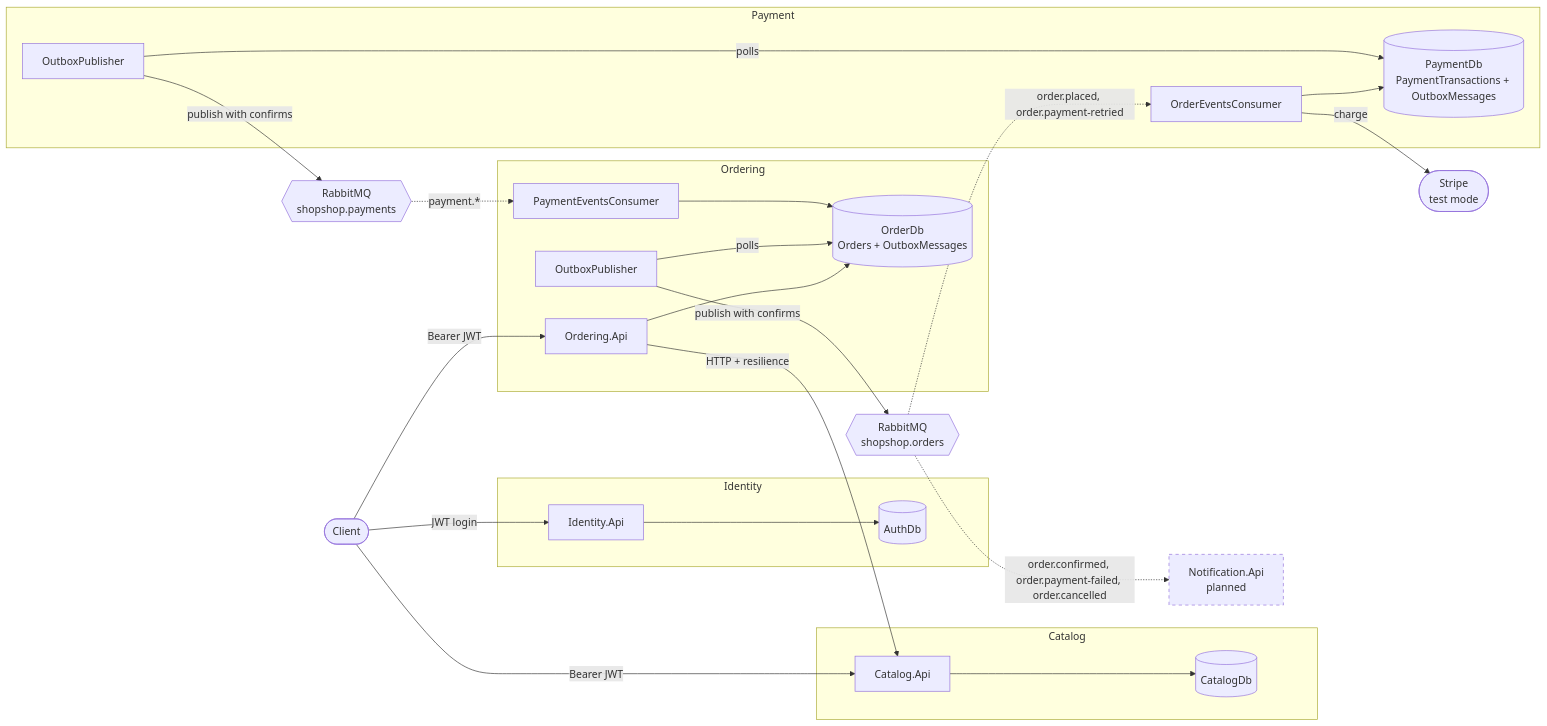
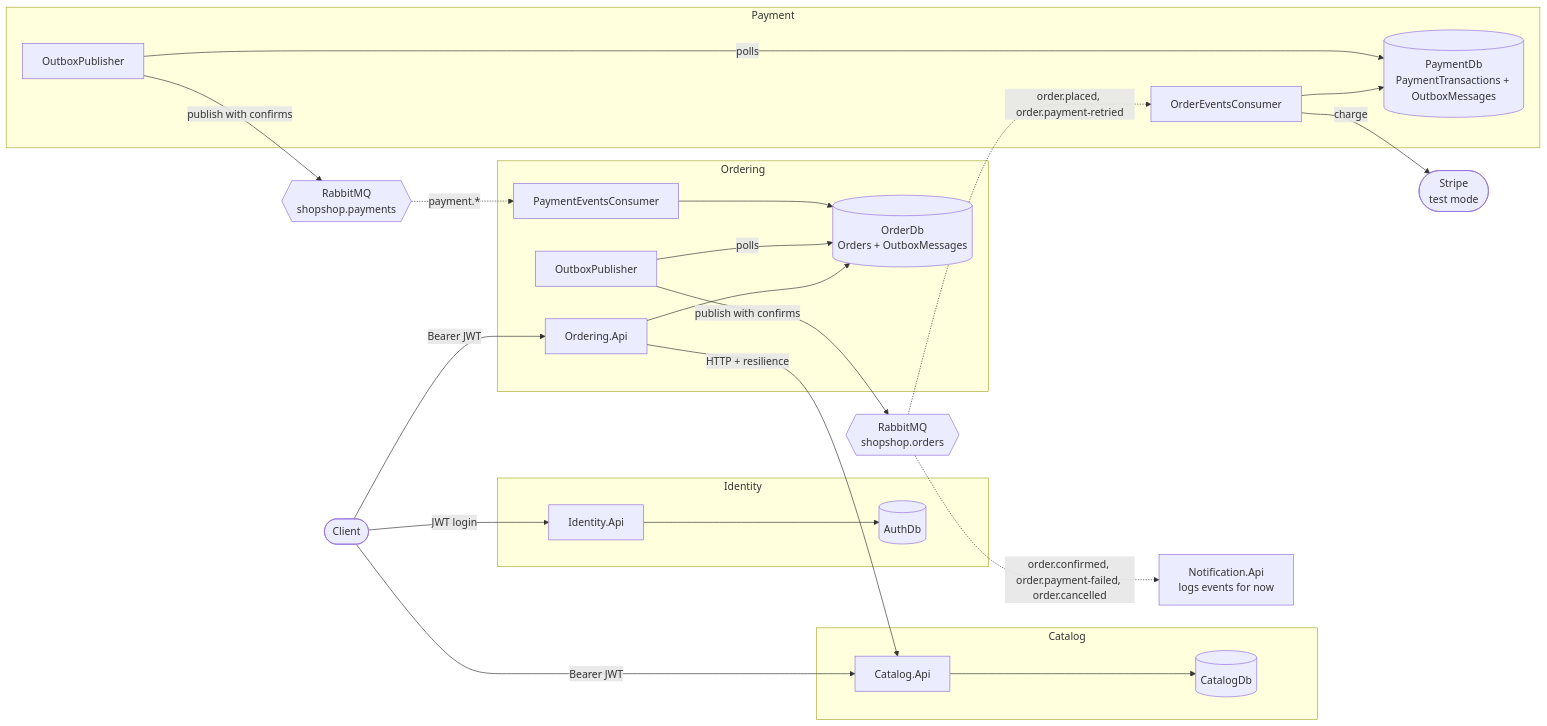
One commit to gurungsh/shopshop changed the first of 5 diagrams in docs/architecture.md. Above: the diagram before and after it, drawn with Mermaid. The commit also changed other lines of this file and 11 other files, not shown here.

````diff
--- a/docs/architecture.md
+++ b/docs/architecture.md
@@ -43,53 +43,50 @@
 ```mermaid
 flowchart LR
     client([Client])
 
     subgraph identity[Identity]
         idApi[Identity.Api]
         authDb[(AuthDb)]
         idApi --> authDb
     end
 
     subgraph catalog[Catalog]
         catApi[Catalog.Api]
         catDb[(CatalogDb)]
         catApi --> catDb
     end
 
     subgraph ordering[Ordering]
         ordApi[Ordering.Api]
         ordDb[(OrderDb<br/>Orders + OutboxMessages)]
         ordOutbox[OutboxPublisher]
         ordConsumer[PaymentEventsConsumer]
         ordApi --> ordDb
         ordOutbox -- polls --> ordDb
         ordConsumer --> ordDb
     end
 
     subgraph payment[Payment]
         payConsumer[OrderEventsConsumer]
         payDb[(PaymentDb<br/>PaymentTransactions + OutboxMessages)]
         payOutbox[OutboxPublisher]
         payConsumer --> payDb
         payOutbox -- polls --> payDb
     end
 
     orders{{RabbitMQ<br/>shopshop.orders}}
     payments{{RabbitMQ<br/>shopshop.payments}}
     stripe([Stripe<br/>test mode])
-    notification[Notification.Api<br/>planned]
+    notification[Notification.Api<br/>logs events for now]
 
     client -- JWT login --> idApi
     client -- Bearer JWT --> catApi
     client -- Bearer JWT --> ordApi
     ordApi -- HTTP + resilience --> catApi
     ordOutbox -- publish with confirms --> orders
     orders -.->|"order.placed, order.payment-retried"| payConsumer
     payConsumer -- charge --> stripe
     payOutbox -- publish with confirms --> payments
     payments -.->|"payment.*"| ordConsumer
     orders -.->|"order.confirmed, order.payment-failed, order.cancelled"| notification
-
-    classDef planned stroke-dasharray: 5 5
-    class notification planned
 ```
````
